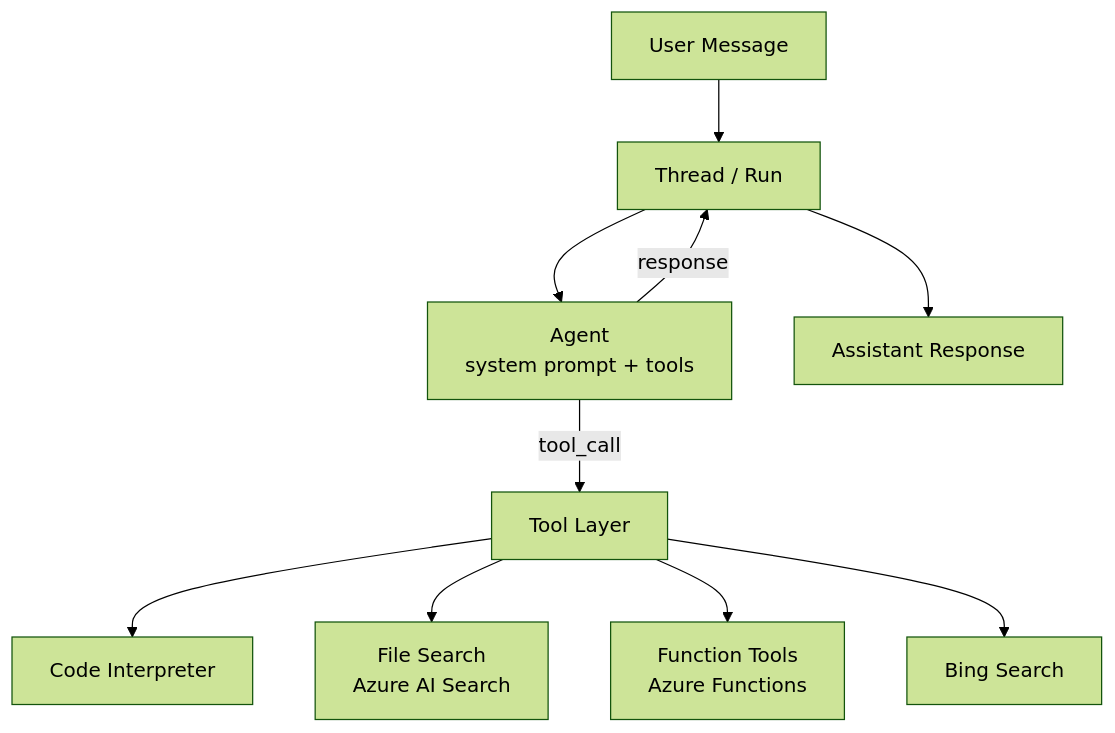
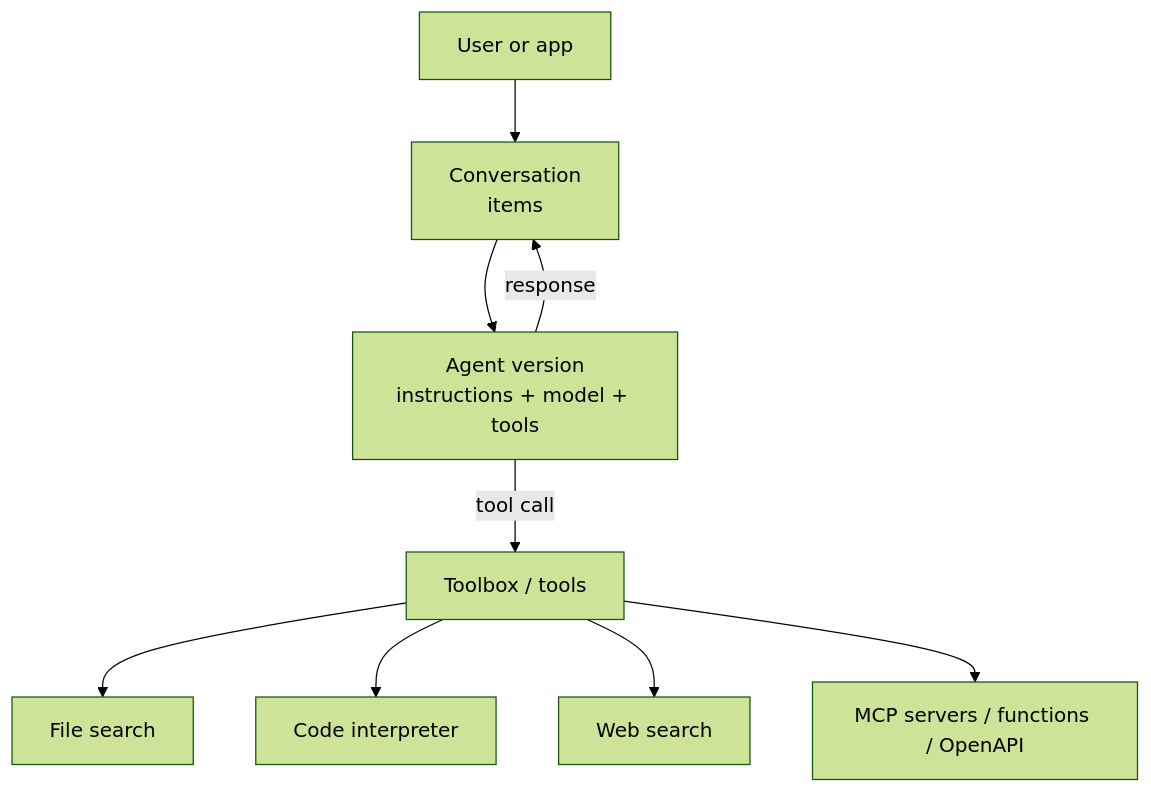
The second of 5 diagrams in content/skillup/ab100/notes/ab100-d2-design-agentic.md (ajeetchouksey/ajch_skillup), drawn with Mermaid (forest theme) before and after one commit. The commit also changed other lines of this file and 157 other files, not shown here.

````diff
--- a/content/skillup/ab100/notes/ab100-d2-design-agentic.md
+++ b/content/skillup/ab100/notes/ab100-d2-design-agentic.md
@@ -48,12 +70,11 @@
 ```mermaid
 graph TD
-    U[User Message] --> T[Thread / Run]
-    T --> A[Agent<br/>system prompt + tools]
-    A -->|tool_call| TL[Tool Layer]
-    TL --> CI[Code Interpreter]
-    TL --> FS[File Search<br/>Azure AI Search]
-    TL --> FN[Function Tools<br/>Azure Functions]
-    TL --> BP[Bing Search]
-    A -->|response| T
-    T --> U2[Assistant Response]
+    U[User or app] --> C[Conversation<br/>items]
+    C --> A[Agent version<br/>instructions + model + tools]
+    A -->|tool call| TB[Toolbox / tools]
+    TB --> FS[File search]
+    TB --> CI[Code interpreter]
+    TB --> WS[Web search]
+    TB --> MCP[MCP servers / functions / OpenAPI]
+    A -->|response| C
 ```
````
